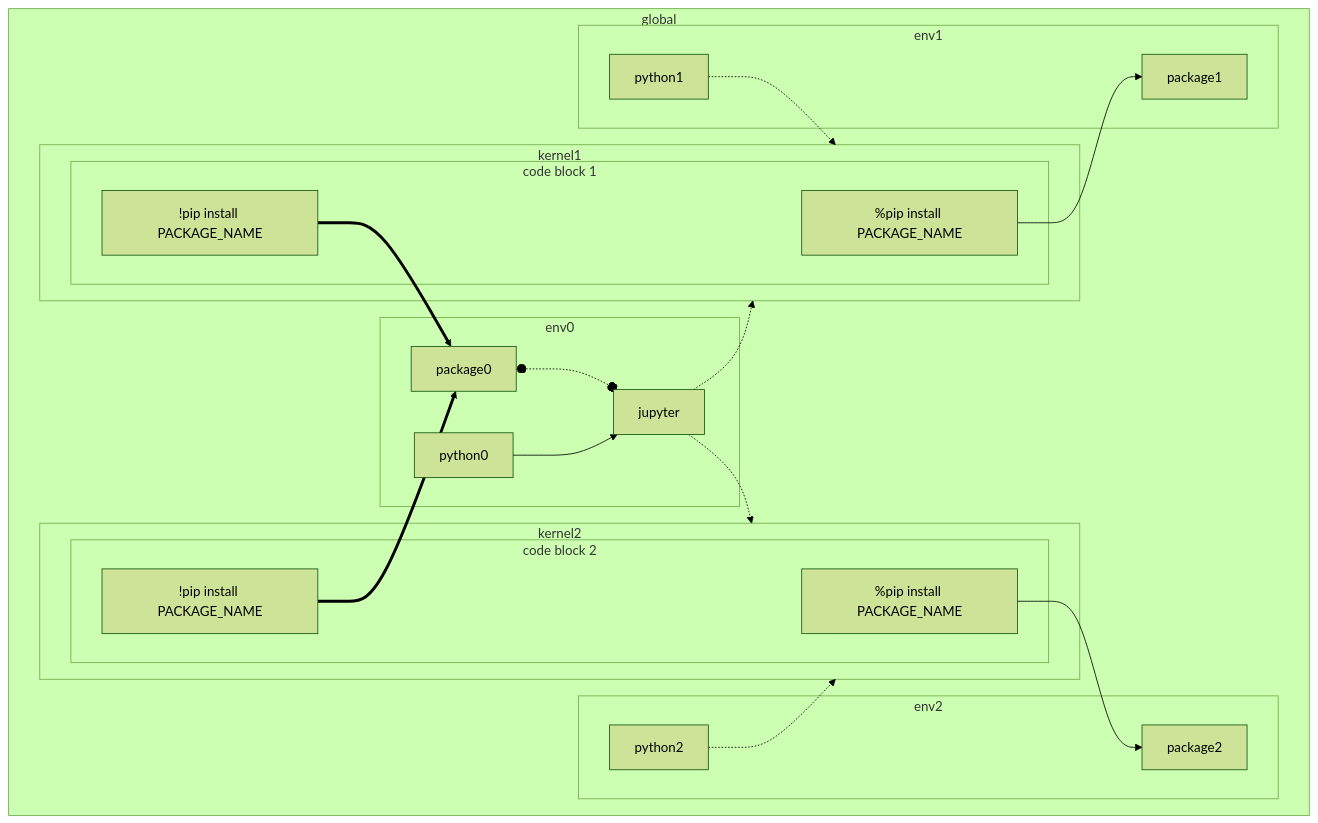
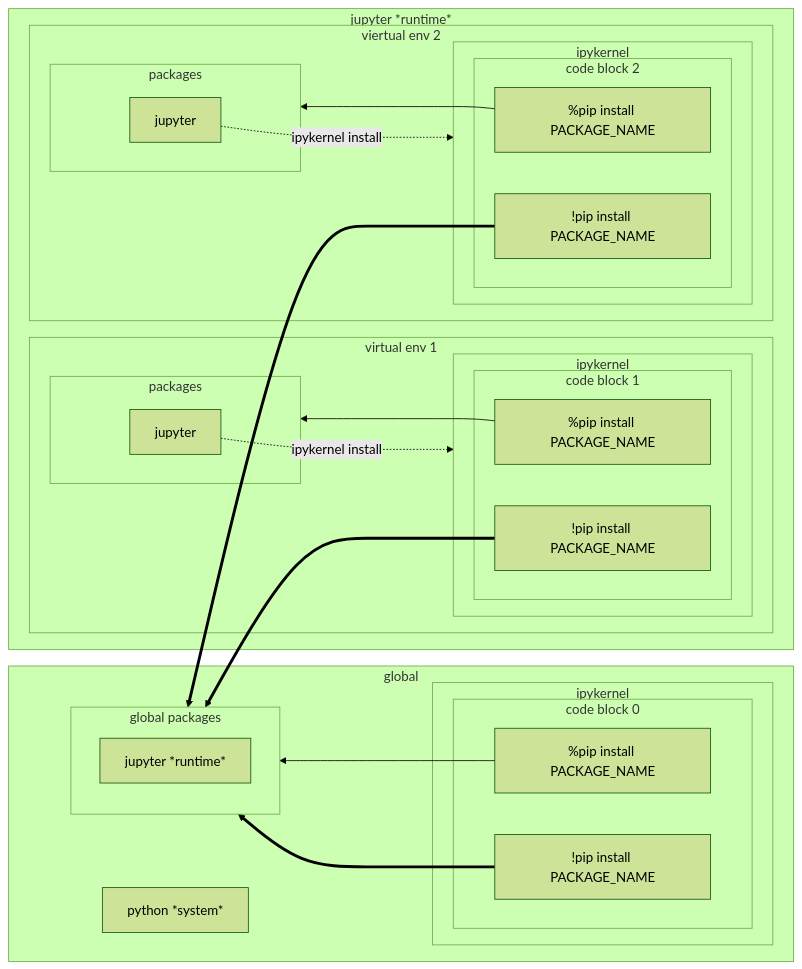
Before and after one commit to deptno/public-wiki: the diagram in jupyter.md, drawn with Mermaid (forest theme). The commit also changed other lines of this file, not shown here.

````diff
--- a/jupyter.md
+++ b/jupyter.md
@@ -63,40 +63,47 @@
       ```mermaid
-      flowchart
+      flowchart RL
         subgraph global
-          direction LR
-          subgraph env0
-            python0
-            package0
-            package0 o-.-o jupyter
+          python0[python *system*]
+          subgraph package0[global packages]
+            jupyter[jupyter *runtime*]
           end
-          subgraph env1
-            python1
-            package1
-          end
-          subgraph env2
-            python2
-            package2
-          end
-          subgraph kernel1
-            subgraph c1[code block 1]
-              %1[%pip install PACKAGE_NAME]
-              !1[!pip install PACKAGE_NAME]
+          subgraph kernel0[ipykernel]
+            subgraph c0[code block 0]
+              %0[%pip install PACKAGE_NAME]
+              !0[!pip install PACKAGE_NAME]
             end
           end
-          subgraph kernel2
-            subgraph c2[code block 2]
-              %2[%pip install PACKAGE_NAME]
-              !2[!pip install PACKAGE_NAME]
+        end
+        subgraph j[jupyter *runtime*]
+          subgraph virtual env 1
+            subgraph kernel1[ipykernel]
+              subgraph c1[code block 1]
+                %1[%pip install PACKAGE_NAME]
+                !1[!pip install PACKAGE_NAME]
+              end
+            end
+            subgraph package1[packages]
+              jupyter1[jupyter]
             end
           end
-          python1 -.-> kernel1
-          python2 -.-> kernel2
-          jupyter -.-> kernel1
-          jupyter -.-> kernel2
-          python0 --> jupyter
+          subgraph viertual env 2
+            subgraph kernel2[ipykernel]
+              subgraph c2[code block 2]
+                %2[%pip install PACKAGE_NAME]
+                !2[!pip install PACKAGE_NAME]
+              end
+            end
+            subgraph package2[packages]
+              jupyter2[jupyter]
+            end
+          end
+          jupyter1 -.ipykernel install.-> kernel1
+          jupyter2 -.ipykernel install.-> kernel2
+          %0 --> package0
           %1 --> package1
           %2 --> package2
+          !0 ==> package0
           !1 ==> package0
           !2 ==> package0
         end
       ```
````
